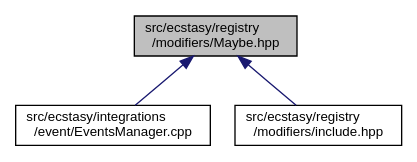
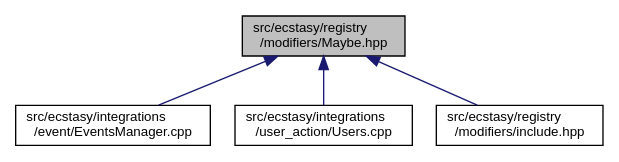
The diagram in registry_2modifiers_2_maybe_8hpp__dep__incl.dot (AndreasLrx/ecstasy), drawn with Graphviz before and after one commit. The commit also changed 97 other files, not shown here.

```diff
--- a/registry_2modifiers_2_maybe_8hpp__dep__incl.dot
+++ b/registry_2modifiers_2_maybe_8hpp__dep__incl.dot
@@ -1,11 +1,13 @@
 digraph "src/ecstasy/registry/modifiers/Maybe.hpp"
 {
  // LATEX_PDF_SIZE
   edge [fontname="Helvetica",fontsize="10",labelfontname="Helvetica",labelfontsize="10"];
   node [fontname="Helvetica",fontsize="10",shape=record];
   Node1 [label="src/ecstasy/registry\l/modifiers/Maybe.hpp",height=0.2,width=0.4,color="black", fillcolor="grey75", style="filled", fontcolor="black",tooltip=" "];
   Node1 -> Node2 [dir="back",color="midnightblue",fontsize="10",style="solid",fontname="Helvetica"];
   Node2 [label="src/ecstasy/integrations\l/event/EventsManager.cpp",height=0.2,width=0.4,color="black", fillcolor="white", style="filled",URL="$_events_manager_8cpp.html",tooltip=" "];
   Node1 -> Node3 [dir="back",color="midnightblue",fontsize="10",style="solid",fontname="Helvetica"];
-  Node3 [label="src/ecstasy/registry\l/modifiers/include.hpp",height=0.2,width=0.4,color="black", fillcolor="white", style="filled",URL="$registry_2modifiers_2include_8hpp.html",tooltip=" "];
+  Node3 [label="src/ecstasy/integrations\l/user_action/Users.cpp",height=0.2,width=0.4,color="black", fillcolor="white", style="filled",URL="$_users_8cpp.html",tooltip=" "];
+  Node1 -> Node4 [dir="back",color="midnightblue",fontsize="10",style="solid",fontname="Helvetica"];
+  Node4 [label="src/ecstasy/registry\l/modifiers/include.hpp",height=0.2,width=0.4,color="black", fillcolor="white", style="filled",URL="$registry_2modifiers_2include_8hpp.html",tooltip=" "];
 }
```
